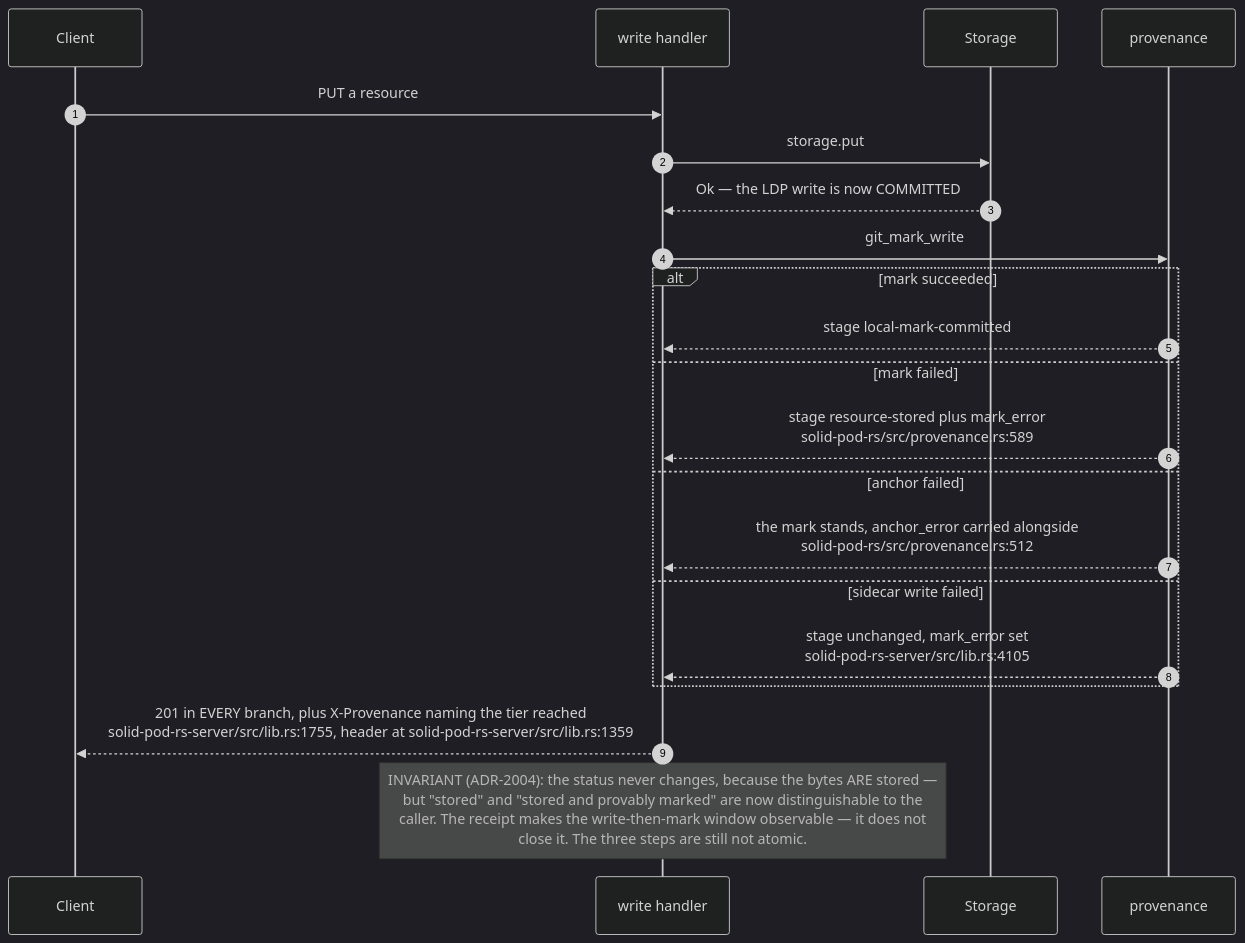
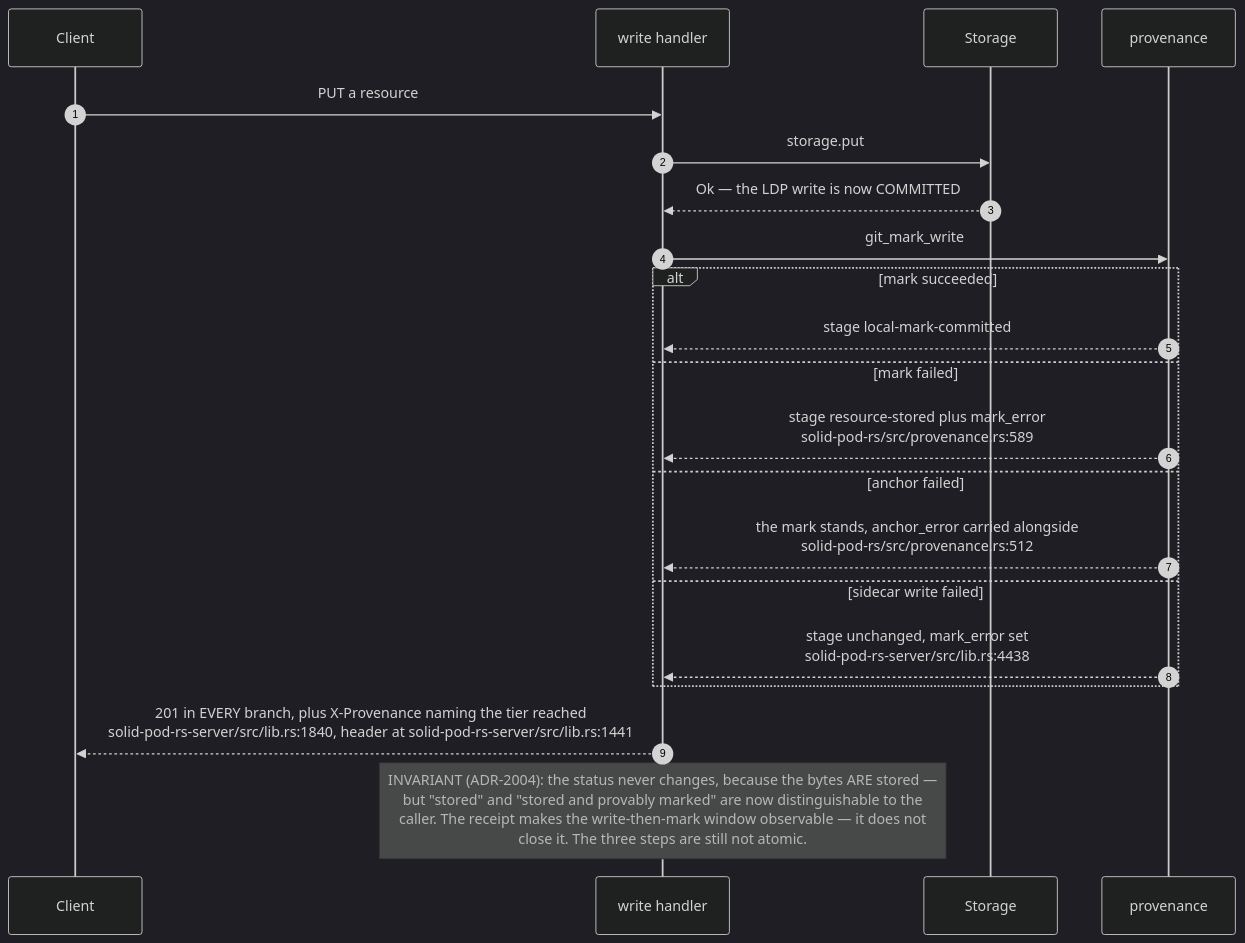
One commit to DreamLab-AI/VisionFlow changed the third of 12 diagrams in docs/diagrams/solid-pod-rs/10-failure-modes-and-invariants.md. Above: the diagram before and after it, drawn with Mermaid (dark theme). The commit also changed other lines of this file and 59 other files, not shown here.

First line of the commit message:
docs(diagrams): re-derive and re-stamp forum, website, pod, ontomark and sealmap topics

````diff
--- a/docs/diagrams/solid-pod-rs/10-failure-modes-and-invariants.md
+++ b/docs/diagrams/solid-pod-rs/10-failure-modes-and-invariants.md
@@ -109,25 +109,25 @@
 ```mermaid
 sequenceDiagram
     autonumber
     participant C as Client
     participant H as write handler
     participant S as Storage
     participant P as provenance
 
     C->>H: PUT a resource
     H->>S: storage.put
     S-->>H: Ok — the LDP write is now COMMITTED
     H->>P: git_mark_write
     alt mark succeeded
         P-->>H: stage local-mark-committed
     else mark failed
         P-->>H: stage resource-stored plus mark_error<br/>solid-pod-rs/src/provenance.rs:589
     else anchor failed
         P-->>H: the mark stands, anchor_error carried alongside<br/>solid-pod-rs/src/provenance.rs:512
     else sidecar write failed
-        P-->>H: stage unchanged, mark_error set<br/>solid-pod-rs-server/src/lib.rs:4105
+        P-->>H: stage unchanged, mark_error set<br/>solid-pod-rs-server/src/lib.rs:4438
     end
-    H-->>C: 201 in EVERY branch, plus X-Provenance naming the tier reached<br/>solid-pod-rs-server/src/lib.rs:1755, header at solid-pod-rs-server/src/lib.rs:1359
+    H-->>C: 201 in EVERY branch, plus X-Provenance naming the tier reached<br/>solid-pod-rs-server/src/lib.rs:1840, header at solid-pod-rs-server/src/lib.rs:1441
 
     Note over H: INVARIANT (ADR-2004): the status never changes, because the bytes ARE stored —<br/>but "stored" and "stored and provably marked" are now distinguishable to the<br/>caller. The receipt makes the write-then-mark window observable — it does not<br/>close it. The three steps are still not atomic.
 ```
````
